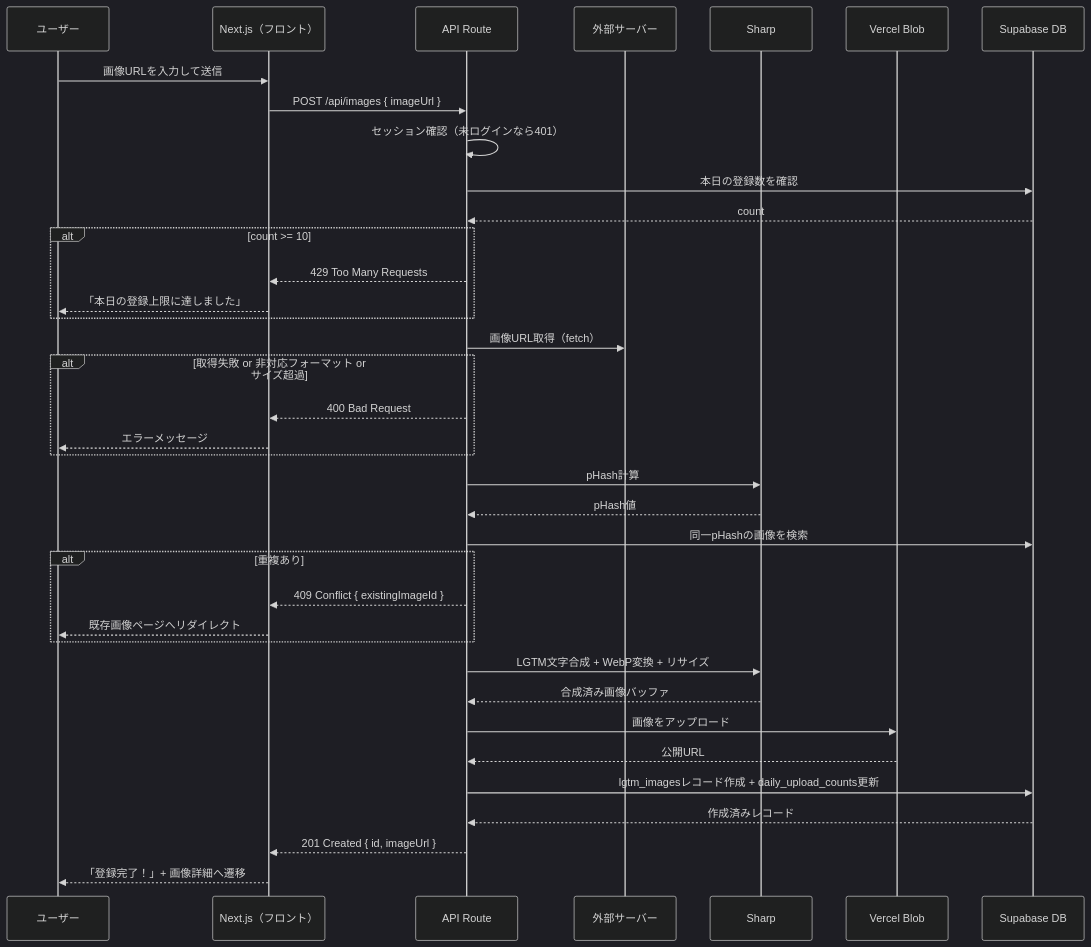
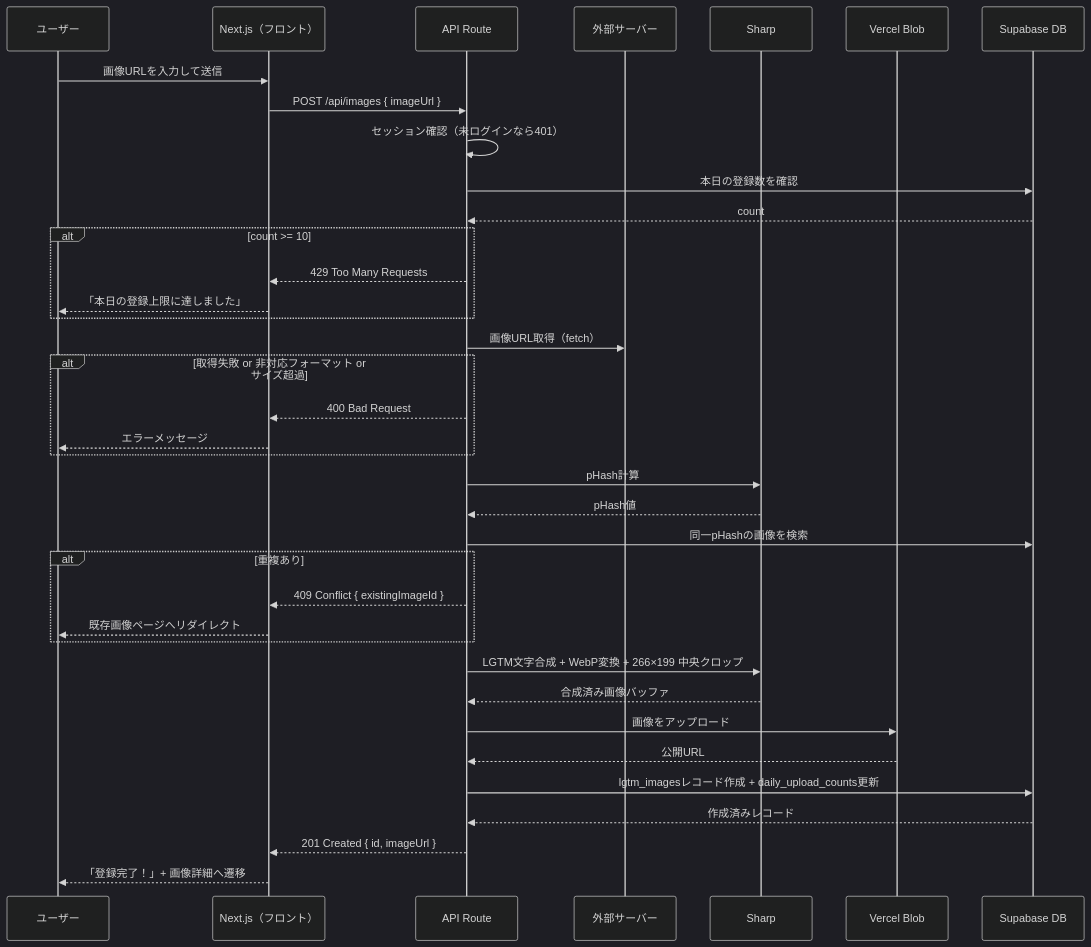
The fourth of 4 diagrams in docs/functional-design.md (kakikubo/lgtmhub), drawn with Mermaid (dark theme) before and after one commit. The commit also changed other lines of this file and 7 other files, not shown here.

````diff
--- a/docs/functional-design.md
+++ b/docs/functional-design.md
@@ -408,40 +408,40 @@
 ```mermaid
 sequenceDiagram
     participant U as ユーザー
     participant FE as Next.js（フロント）
     participant API as API Route
     participant Ext as 外部サーバー
     participant Sharp as Sharp
     participant Blob as Vercel Blob
     participant DB as Supabase DB
 
     U->>FE: 画像URLを入力して送信
     FE->>API: POST /api/images { imageUrl }
     API->>API: セッション確認（未ログインなら401）
     API->>DB: 本日の登録数を確認
     DB-->>API: count
     alt count >= 10
         API-->>FE: 429 Too Many Requests
         FE-->>U: 「本日の登録上限に達しました」
     end
     API->>Ext: 画像URL取得（fetch）
     alt 取得失敗 or 非対応フォーマット or サイズ超過
         API-->>FE: 400 Bad Request
         FE-->>U: エラーメッセージ
     end
     API->>Sharp: pHash計算
     Sharp-->>API: pHash値
     API->>DB: 同一pHashの画像を検索
     alt 重複あり
         API-->>FE: 409 Conflict { existingImageId }
         FE-->>U: 既存画像ページへリダイレクト
     end
-    API->>Sharp: LGTM文字合成 + WebP変換 + リサイズ
+    API->>Sharp: LGTM文字合成 + WebP変換 + 266×199 中央クロップ
     Sharp-->>API: 合成済み画像バッファ
     API->>Blob: 画像をアップロード
     Blob-->>API: 公開URL
     API->>DB: lgtm_imagesレコード作成 + daily_upload_counts更新
     DB-->>API: 作成済みレコード
     API-->>FE: 201 Created { id, imageUrl }
     FE-->>U: 「登録完了！」+ 画像詳細へ遷移
 ```
````
